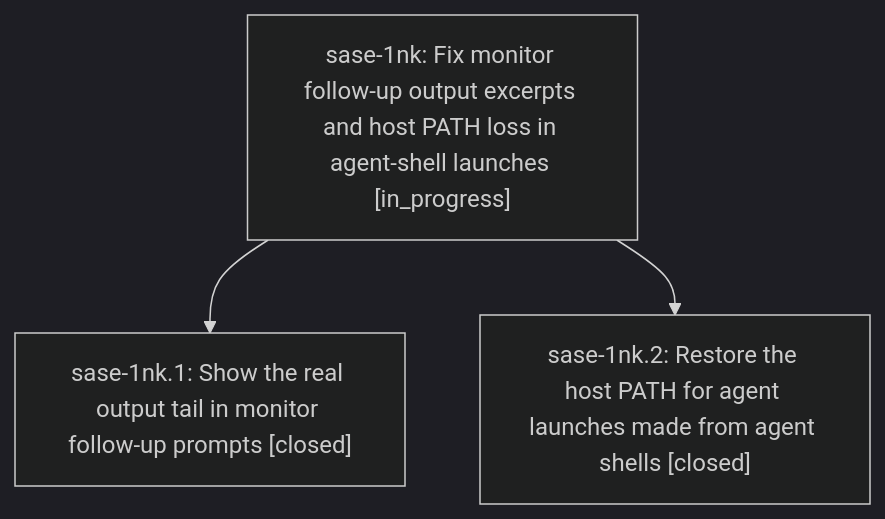
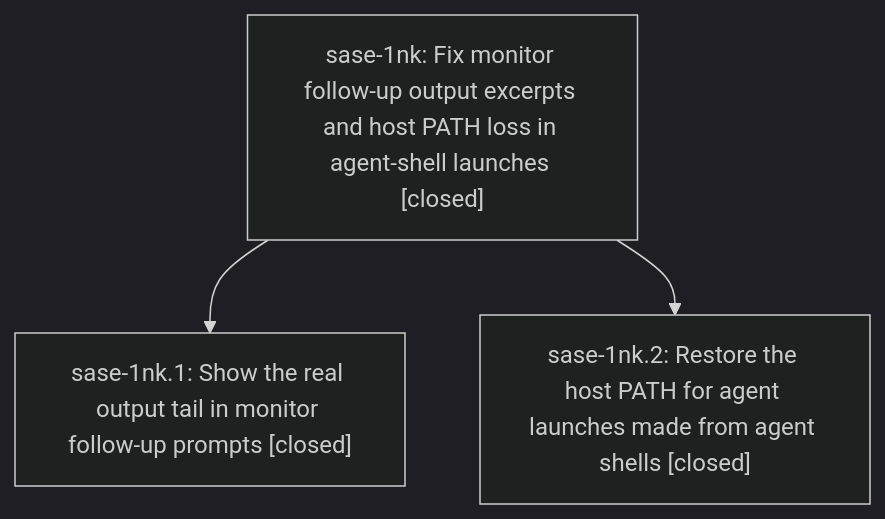
One commit to sase-org/sase--beads changed the diagram in pages/sase-1nk/README.md. Above: the diagram before and after it, drawn with Mermaid (dark theme). The commit also changed other lines of this file and 1 other file, not shown here.

First line of the commit message:
chore(beads): sync bead state and pages for sase-1nk

````diff
--- a/pages/sase-1nk/README.md
+++ b/pages/sase-1nk/README.md
@@ -23,8 +51,8 @@
 ```mermaid
 flowchart TD
-    n0["sase-1nk: Fix monitor follow-up output excerpts and host PATH loss in agent-shell launches [in_progress]"]
+    n0["sase-1nk: Fix monitor follow-up output excerpts and host PATH loss in agent-shell launches [closed]"]
     n1["sase-1nk.1: Show the real output tail in monitor follow-up prompts [closed]"]
     n2["sase-1nk.2: Restore the host PATH for agent launches made from agent shells [closed]"]
     n0 --> n1
     n0 --> n2
 ```
````
